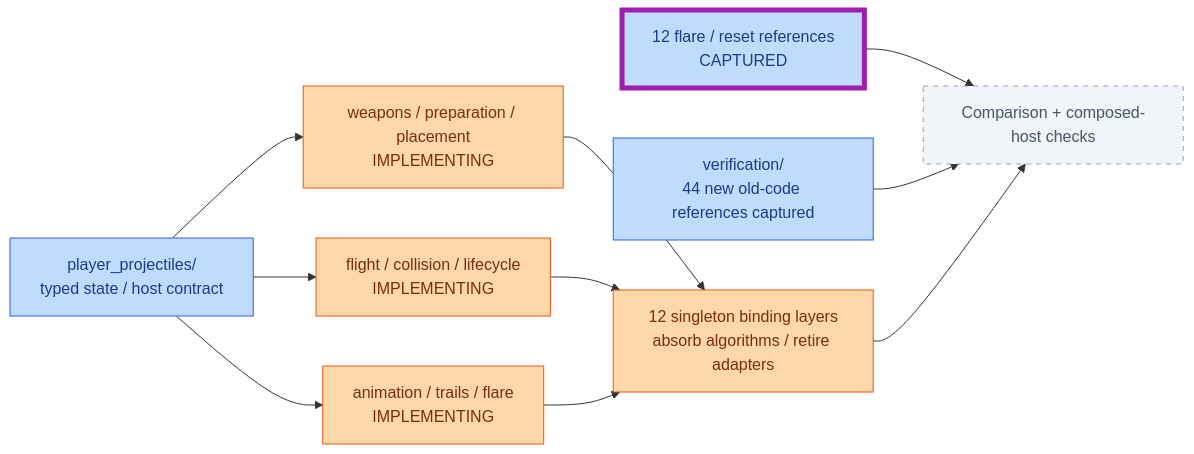
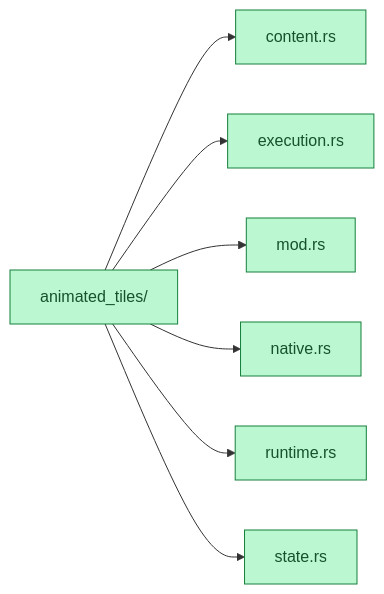
The sixth of 8 diagrams in PROGRESS.md (JimLundin/sm-decomp), drawn with Mermaid before and after one commit. The commit also changed other lines of this file and 1 other file, not shown here.

Commit message:
Show file-level migration graphs and failed CI; report links and counters checked

````diff
--- a/PROGRESS.md
+++ b/PROGRESS.md
@@ -123,19 +174,16 @@
 ```mermaid
 flowchart LR
-    CONTRACT["player_projectiles/<br/>typed state / host contract"]:::checked
-    BASE["verification/<br/>44 new old-code references captured"]:::checked
-    CONTRACT --> PROD["weapons / preparation / placement<br/>IMPLEMENTING"]:::active
-    CONTRACT --> FLIGHT["flight / collision / lifecycle<br/>IMPLEMENTING"]:::active
-    CONTRACT --> DRAW["animation / trails / flare<br/>IMPLEMENTING"]:::active
-    PROD --> DELETE["12 singleton binding layers<br/>absorb algorithms / retire adapters"]:::active
-    FLIGHT --> DELETE
-    DRAW --> DELETE
-    EXTRA["12 flare / reset references<br/>CAPTURED"]:::checked --> VERIFY
-    BASE --> VERIFY["Comparison + composed-host checks"]:::pending
-    DELETE --> VERIFY
-    class EXTRA changed
+    ROOT["animated_tiles/"]:::done
+    ROOT --> f0["content.rs"]:::done
+    ROOT --> f1["execution.rs"]:::done
+    ROOT --> f2["mod.rs"]:::done
+    ROOT --> f3["native.rs"]:::done
+    ROOT --> f4["runtime.rs"]:::done
+    ROOT --> f5["state.rs"]:::done
+    classDef done fill:#bbf7d0,stroke:#15803d,color:#14532d
     classDef checked fill:#bfdbfe,stroke:#2563eb,color:#1e3a8a
     classDef active fill:#fed7aa,stroke:#ea580c,color:#7c2d12
     classDef pending fill:#f1f5f9,stroke:#94a3b8,color:#475569,stroke-dasharray:5 5
+    classDef failed fill:#fecaca,stroke:#dc2626,color:#7f1d1d
     classDef changed stroke:#a21caf,stroke-width:5px
 ```
````
